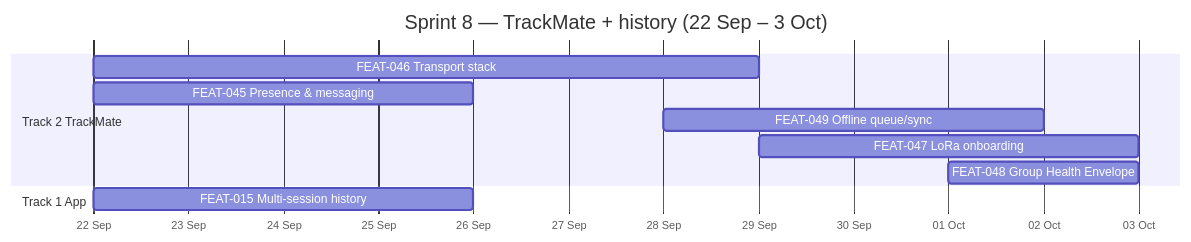
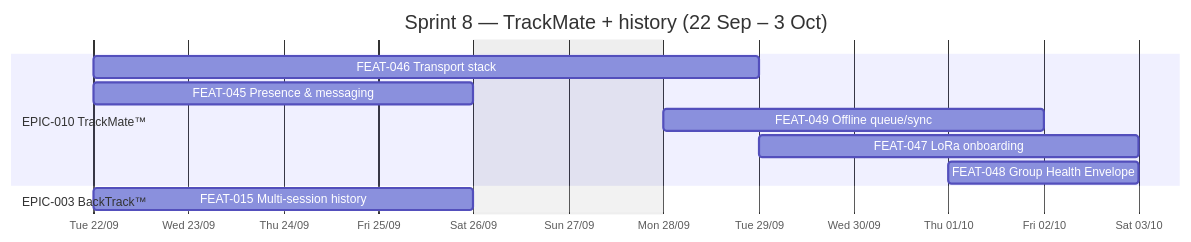
Before and after one commit to giakhanh22024558/Trackaroo-Cheat-Sheat: the tenth of 13 diagrams in docs/planning.md, drawn with Mermaid. The commit also changed other lines of this file and 1 other file, not shown here.

First line of the commit message:
planning: Sprint 0 register reframed to Tasks (S0-) + Topic/Concern/Criteria; gantt polish

````diff
--- a/docs/planning.md
+++ b/docs/planning.md
@@ -337,14 +352,16 @@
 ```mermaid
 gantt
     title Sprint 8 — TrackMate + history (22 Sep – 3 Oct)
     dateFormat YYYY-MM-DD
-    axisFormat %d %b
-    section Track 2 TrackMate
+    axisFormat %a %d/%m
+    tickInterval 1day
+    excludes weekends
+    section EPIC-010 TrackMate™
     FEAT-046 Transport stack        :2026-09-22, 2026-09-29
     FEAT-045 Presence & messaging   :2026-09-22, 2026-09-26
     FEAT-049 Offline queue/sync     :2026-09-28, 2026-10-02
     FEAT-047 LoRa onboarding        :2026-09-29, 2026-10-03
     FEAT-048 Group Health Envelope  :2026-10-01, 2026-10-03
-    section Track 1 App
+    section EPIC-003 BackTrack™
     FEAT-015 Multi-session history  :2026-09-22, 2026-09-26
 ```
````
